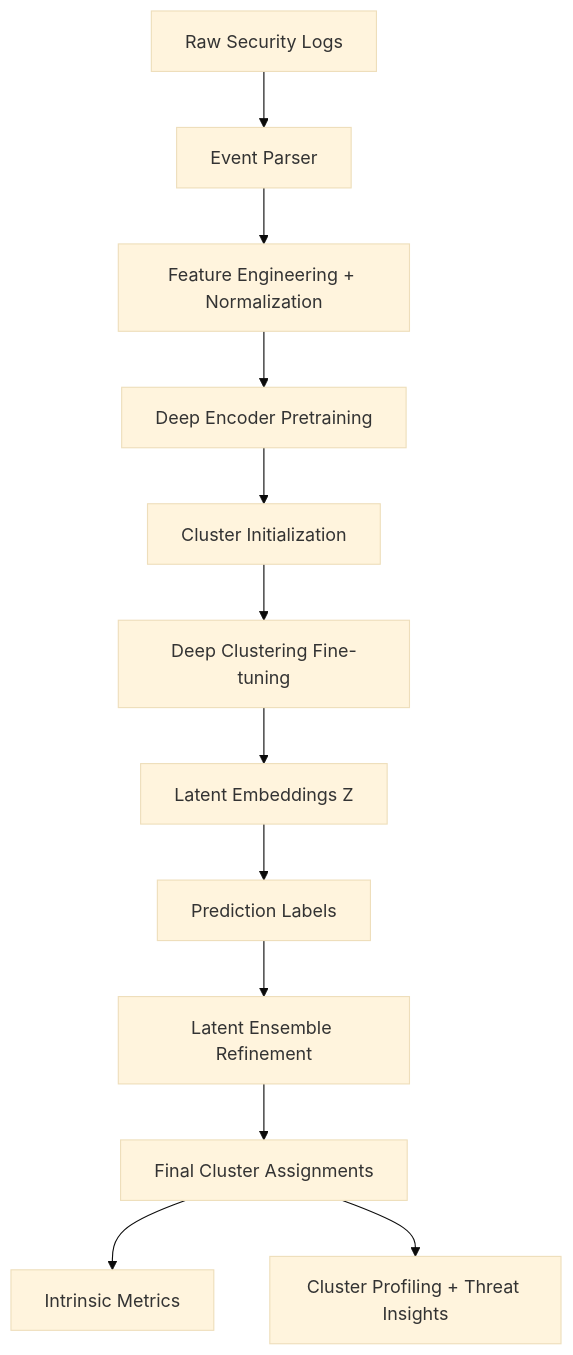
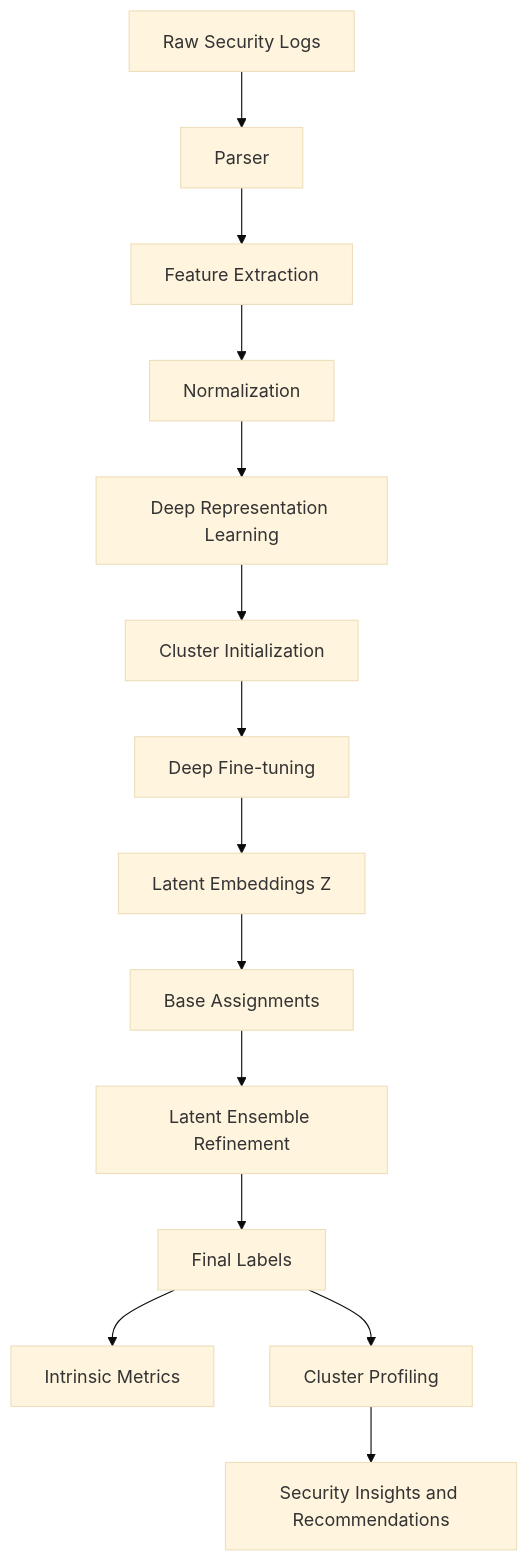
One commit to WMDev-AI/v1-security-event-clustering changed the first of 5 diagrams in docs/research.md. Above: the diagram before and after it, drawn with Mermaid (base theme). The commit also changed other lines of this file, not shown here.

````diff
--- a/docs/research.md
+++ b/docs/research.md
@@ -35,14 +69,16 @@
 ```mermaid
 flowchart TD
-    A[Raw Security Logs] --> B[Event Parser]
-    B --> C[Feature Engineering + Normalization]
-    C --> D[Deep Encoder Pretraining]
-    D --> E[Cluster Initialization]
-    E --> F[Deep Clustering Fine-tuning]
-    F --> G[Latent Embeddings Z]
-    G --> H[Prediction Labels]
-    H --> I[Latent Ensemble Refinement]
-    I --> J[Final Cluster Assignments]
-    J --> K[Intrinsic Metrics]
-    J --> L[Cluster Profiling + Threat Insights]
+    A[Raw Security Logs] --> B[Parser]
+    B --> C[Feature Extraction]
+    C --> D[Normalization]
+    D --> E[Deep Representation Learning]
+    E --> F[Cluster Initialization]
+    F --> G[Deep Fine-tuning]
+    G --> H[Latent Embeddings Z]
+    H --> I[Base Assignments]
+    I --> J[Latent Ensemble Refinement]
+    J --> K[Final Labels]
+    K --> L[Intrinsic Metrics]
+    K --> M[Cluster Profiling]
+    M --> N[Security Insights and Recommendations]
 ```
````
